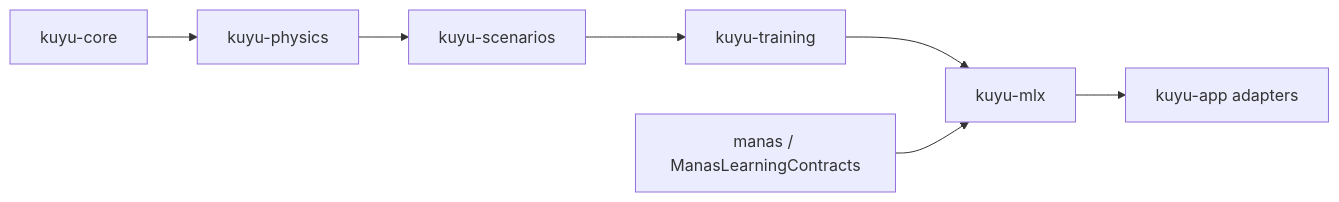
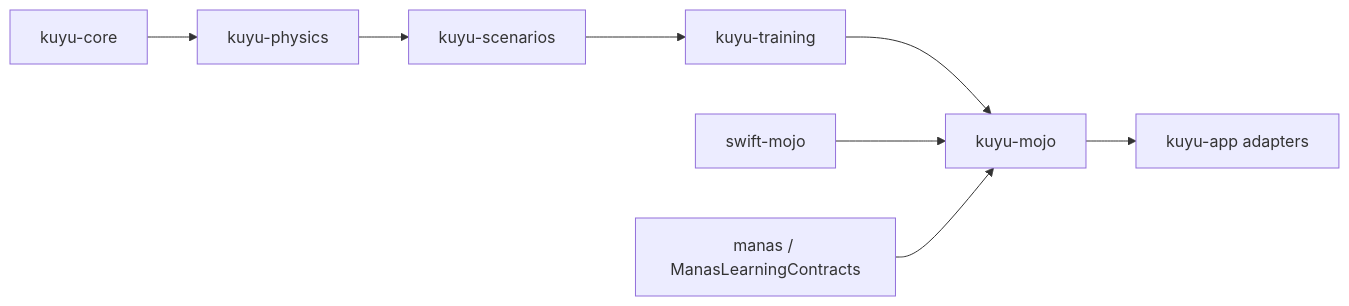
One commit to 1amageek/kuyu changed the second of 4 diagrams in LEARNING_SYSTEM_SPEC.md. Above: the diagram before and after it, drawn with Mermaid. The commit also changed other lines of this file and 2 other files, not shown here.

Commit message:
Define Kuyu Mojo migration contract

````diff
--- a/LEARNING_SYSTEM_SPEC.md
+++ b/LEARNING_SYSTEM_SPEC.md
@@ -55,9 +55,10 @@
 ```mermaid
 flowchart LR
   Core["kuyu-core"] --> Physics["kuyu-physics"]
   Physics --> Scenarios["kuyu-scenarios"]
   Scenarios --> Training["kuyu-training"]
-  Training --> MLX["kuyu-mlx"]
-  ManasContracts["manas / ManasLearningContracts"] --> MLX
-  MLX --> App["kuyu-app adapters"]
+  Training --> Mojo["kuyu-mojo"]
+  SwiftMojo["swift-mojo"] --> Mojo
+  ManasContracts["manas / ManasLearningContracts"] --> Mojo
+  Mojo --> App["kuyu-app adapters"]
 ```
````
